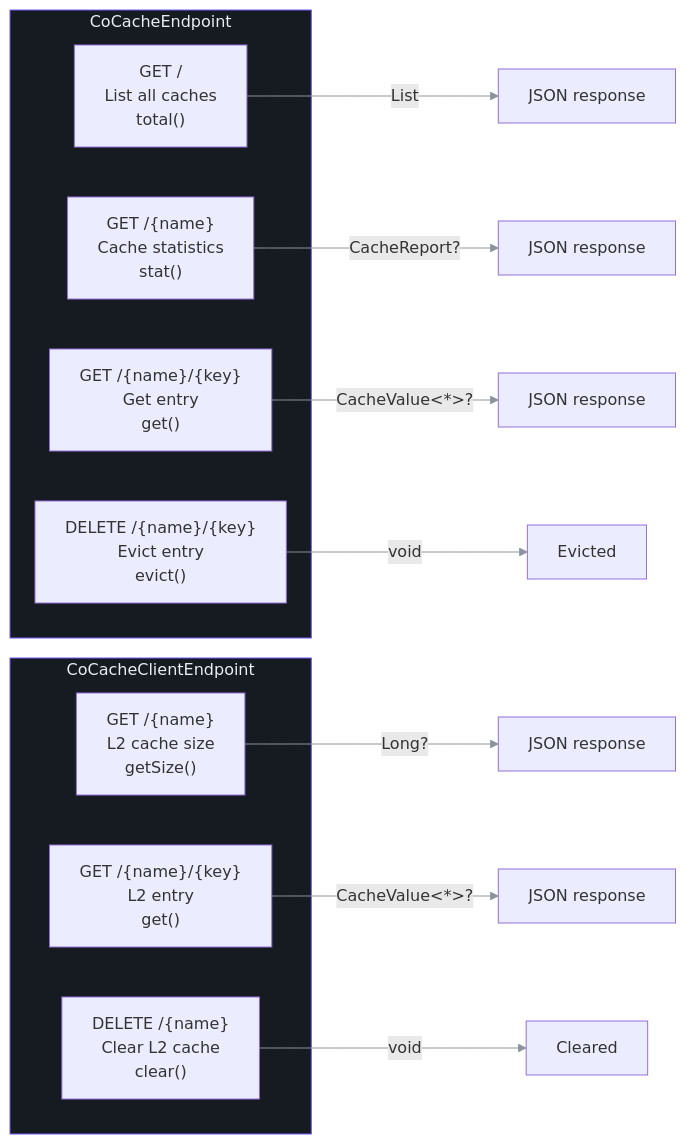
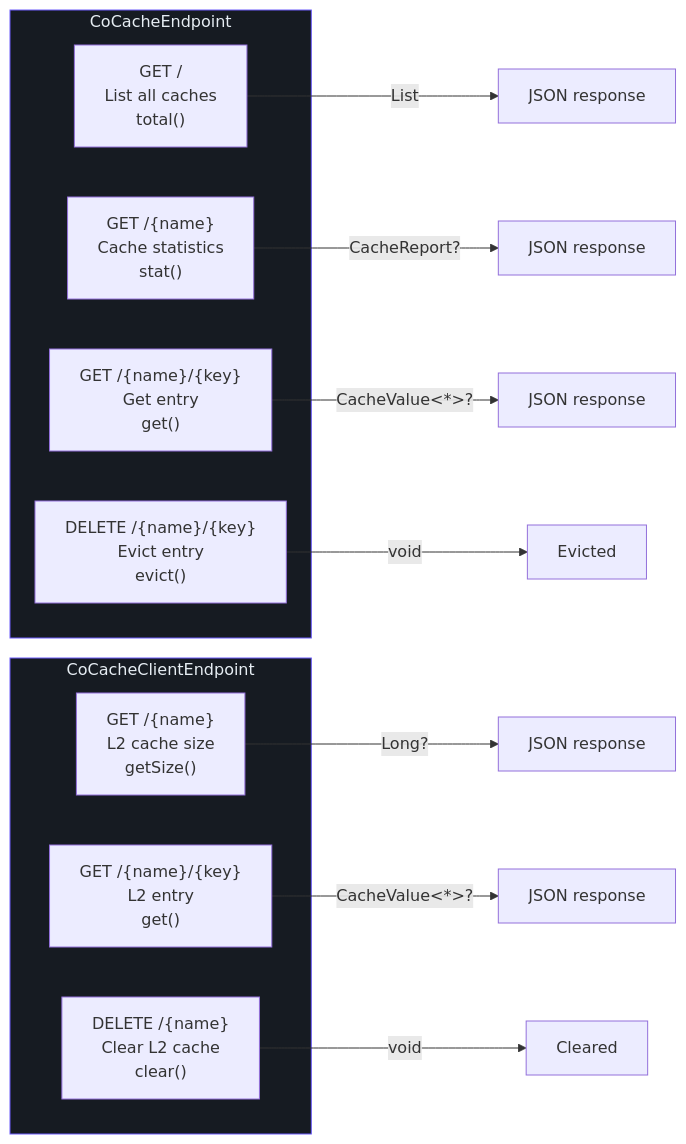
The third of 3 diagrams in wiki/api/actuator.md (Ahoo-Wang/CoCache), drawn with Mermaid before and after one commit. The commit also changed other lines of this file and 4 other files, not shown here.

First line of the commit message:
fix(wiki): remove all numbered linkStyle directives from mermaid diagrams

````diff
--- a/wiki/api/actuator.md
+++ b/wiki/api/actuator.md
@@ -262,33 +249,26 @@
 ```mermaid
 graph LR
     subgraph CoCacheEP["CoCacheEndpoint"]
         style CoCacheEP fill:#161b22,stroke:#6d5dfc,color:#e6edf3
         OP1["GET /<br>List all caches<br>total()"]
         OP2["GET /{name}<br>Cache statistics<br>stat()"]
         OP3["GET /{name}/{key}<br>Get entry<br>get()"]
         OP4["DELETE /{name}/{key}<br>Evict entry<br>evict()"]
     end
 
     subgraph ClientEP["CoCacheClientEndpoint"]
         style ClientEP fill:#161b22,stroke:#6d5dfc,color:#e6edf3
         OP5["GET /{name}<br>L2 cache size<br>getSize()"]
         OP6["GET /{name}/{key}<br>L2 entry<br>get()"]
         OP7["DELETE /{name}<br>Clear L2 cache<br>clear()"]
     end
 
     OP1 -->|"List<CacheReport>"| R1["JSON response"]
     OP2 -->|"CacheReport?"| R2["JSON response"]
     OP3 -->|"CacheValue<*>?"| R3["JSON response"]
     OP4 -->|"void"| R4["Evicted"]
     OP5 -->|"Long?"| R5["JSON response"]
     OP6 -->|"CacheValue<*>?"| R6["JSON response"]
     OP7 -->|"void"| R7["Cleared"]
 
-    linkStyle 0 stroke:#8b949e
-    linkStyle 1 stroke:#8b949e
-    linkStyle 2 stroke:#8b949e
-    linkStyle 3 stroke:#8b949e
-    linkStyle 4 stroke:#8b949e
-    linkStyle 5 stroke:#8b949e
-    linkStyle 6 stroke:#8b949e
 ```
````
